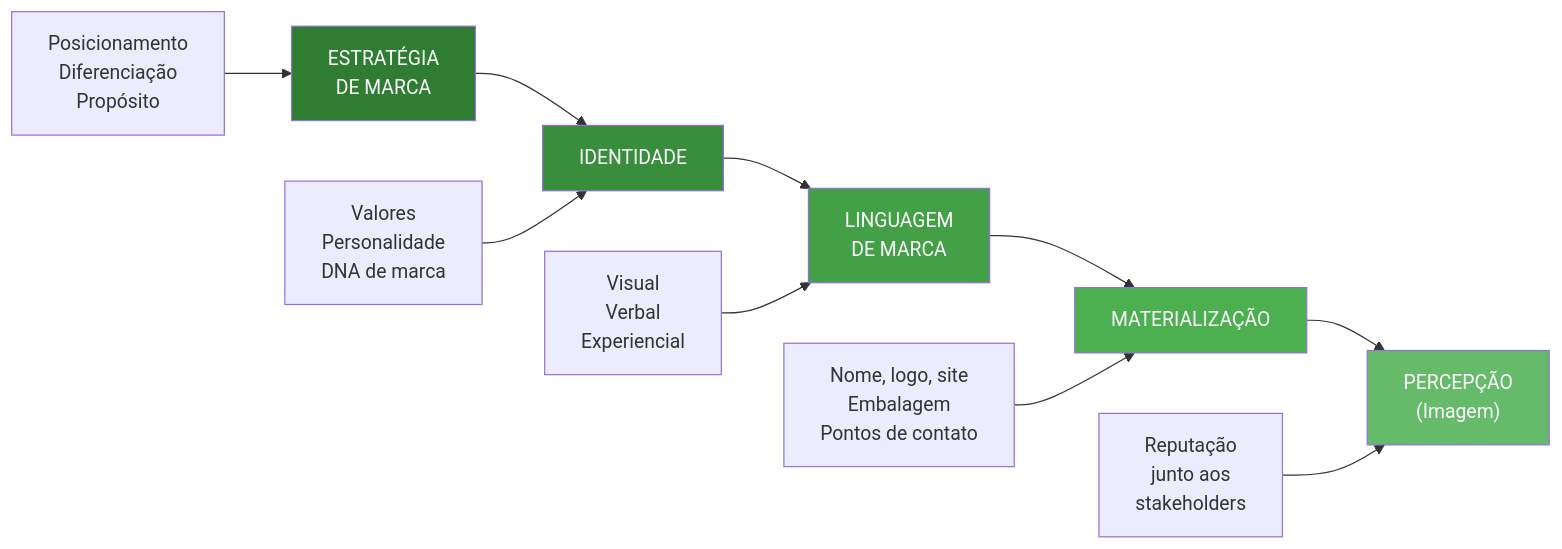
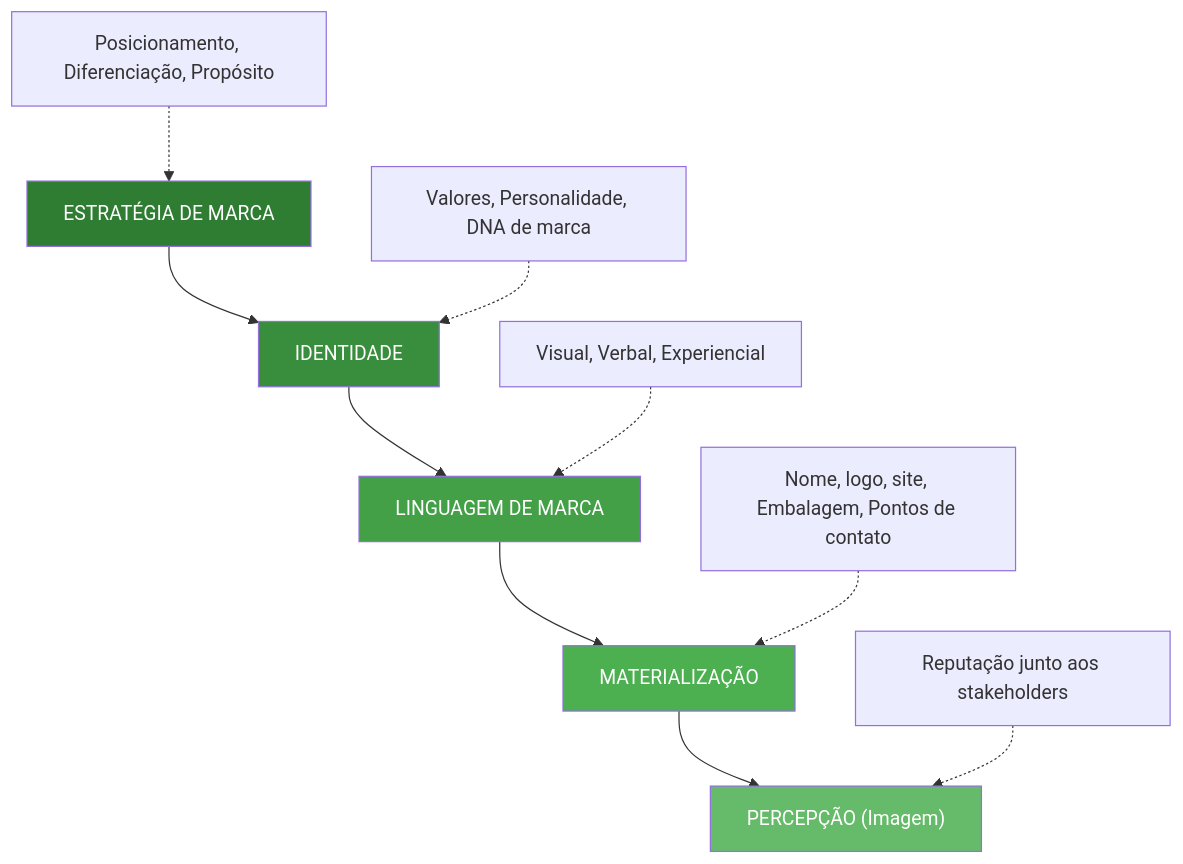
The diagram in books/branding-agro/capitulos/03-marca-ativo-estrategico.qmd (ldvsantos/cv), drawn with Mermaid before and after one commit. The commit also changed 20 other files, not shown here.

First line of the commit message:
fix: diagramas LR->TB + exemplos visuais de diferenciacao

````diff
--- a/books/branding-agro/capitulos/03-marca-ativo-estrategico.qmd
+++ b/books/branding-agro/capitulos/03-marca-ativo-estrategico.qmd
@@ -23,21 +23,21 @@
 ```{mermaid}
 %%| label: fig-jornada
 %%| fig-cap: "Jornada de construção de marca no agronegócio"
-flowchart LR
-    A["ESTRATÉGIA<br/>DE MARCA"] --> B["IDENTIDADE"]
-    B --> C["LINGUAGEM<br/>DE MARCA"]
+flowchart TB
+    A["ESTRATÉGIA DE MARCA"] --> B["IDENTIDADE"]
+    B --> C["LINGUAGEM DE MARCA"]
     C --> D["MATERIALIZAÇÃO"]
-    D --> E["PERCEPÇÃO<br/>(Imagem)"]
+    D --> E["PERCEPÇÃO (Imagem)"]
     
-    A1["Posicionamento<br/>Diferenciação<br/>Propósito"] --> A
-    B1["Valores<br/>Personalidade<br/>DNA de marca"] --> B
-    C1["Visual<br/>Verbal<br/>Experiencial"] --> C
-    D1["Nome, logo, site<br/>Embalagem<br/>Pontos de contato"] --> D
-    E1["Reputação<br/>junto aos<br/>stakeholders"] --> E
+    A1["Posicionamento, Diferenciação, Propósito"] -.-> A
+    B1["Valores, Personalidade, DNA de marca"] -.-> B
+    C1["Visual, Verbal, Experiencial"] -.-> C
+    D1["Nome, logo, site, Embalagem, Pontos de contato"] -.-> D
+    E1["Reputação junto aos stakeholders"] -.-> E
     
     style A fill:#2e7d32,color:#fff
     style B fill:#388e3c,color:#fff
     style C fill:#43a047,color:#fff
     style D fill:#4caf50,color:#fff
     style E fill:#66bb6a,color:#fff
 ```
````
